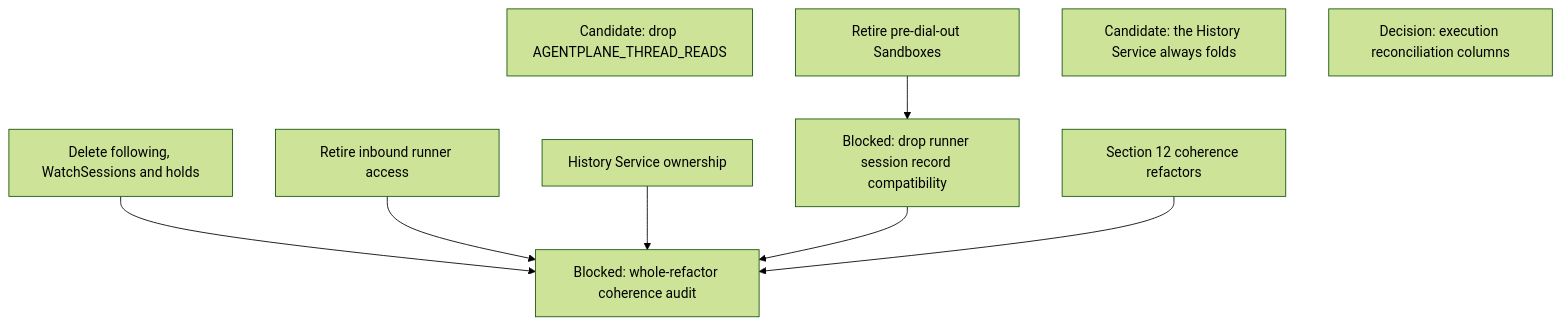
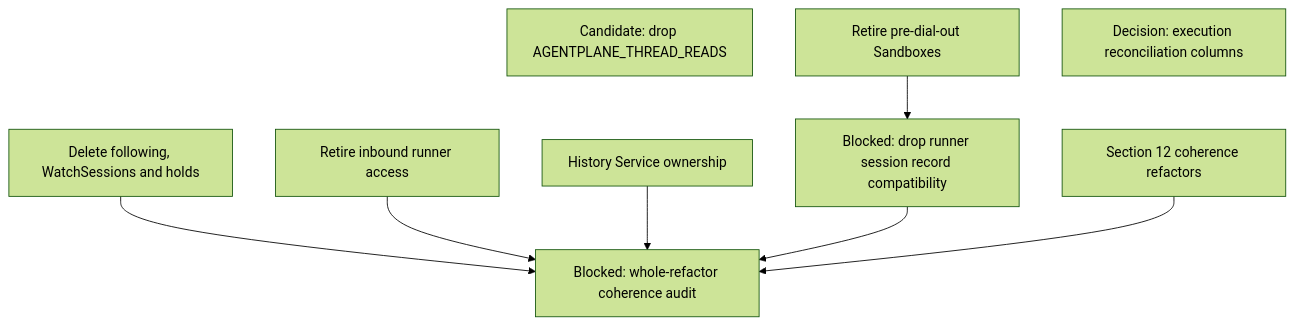
Before and after one commit to agentydragon-agent/ducktape: diagram 11 of 13 in agentplane/plans/task_dag.md, drawn with Mermaid (forest theme). The commit also changed other lines of this file and 27 other files, not shown here.

First line of the commit message:
agentplane/history_service: always run the Thread fold; report a stopped fold (#10064)

````diff
--- a/agentplane/plans/task_dag.md
+++ b/agentplane/plans/task_dag.md
@@ -802,15 +802,14 @@
 ```mermaid
 flowchart TD
     APP_THREAD_VIEW_CLEANUP[Candidate: drop AGENTPLANE_THREAD_READS]
     RUNNER_SESSION_RECORD_SHIMS[Blocked: drop runner session record compatibility]
     LEGACY_SANDBOX_RETIRE[Retire pre-dial-out Sandboxes]
     LEGACY_SANDBOX_RETIRE --> RUNNER_SESSION_RECORD_SHIMS
-    HISTORY_FOLD_ALWAYS_ON[Candidate: the History Service always folds]
     ACTION_EXECUTION_AUDIT_TRIM[Decision: execution reconciliation columns]
     REFACTOR_COHERENCE_AUDIT[Blocked: whole-refactor coherence audit]
     FOLLOW_PATH_RETIRE[Delete following, WatchSessions and holds] --> REFACTOR_COHERENCE_AUDIT
     RUNNER_INBOUND_RETIRE[Retire inbound runner access] --> REFACTOR_COHERENCE_AUDIT
     HISTORY_SERVICE_OWNERSHIP[History Service ownership] --> REFACTOR_COHERENCE_AUDIT
     RUNNER_SESSION_RECORD_SHIMS --> REFACTOR_COHERENCE_AUDIT
     COHERENCE_REFACTORS[Section 12 coherence refactors] --> REFACTOR_COHERENCE_AUDIT
 ```
````
